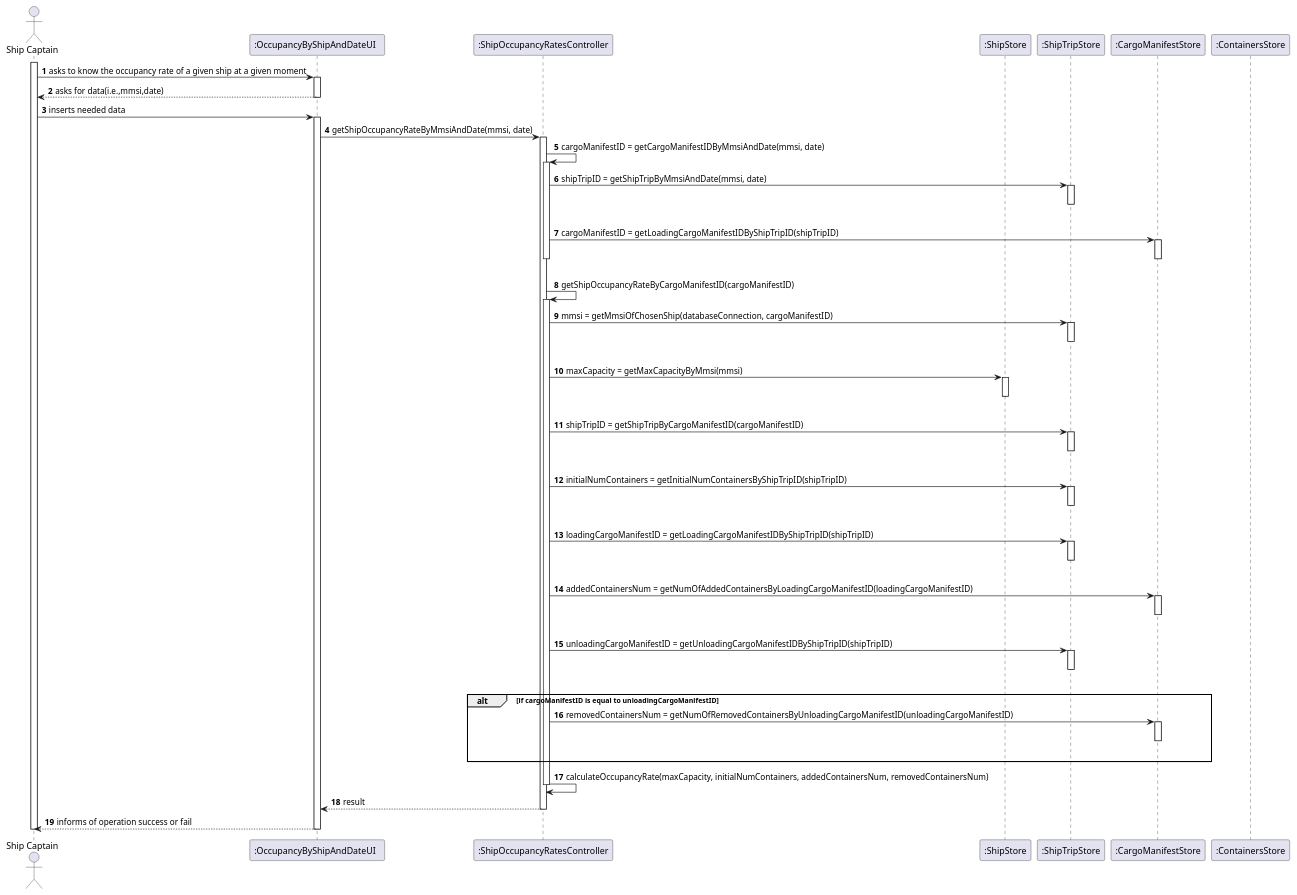
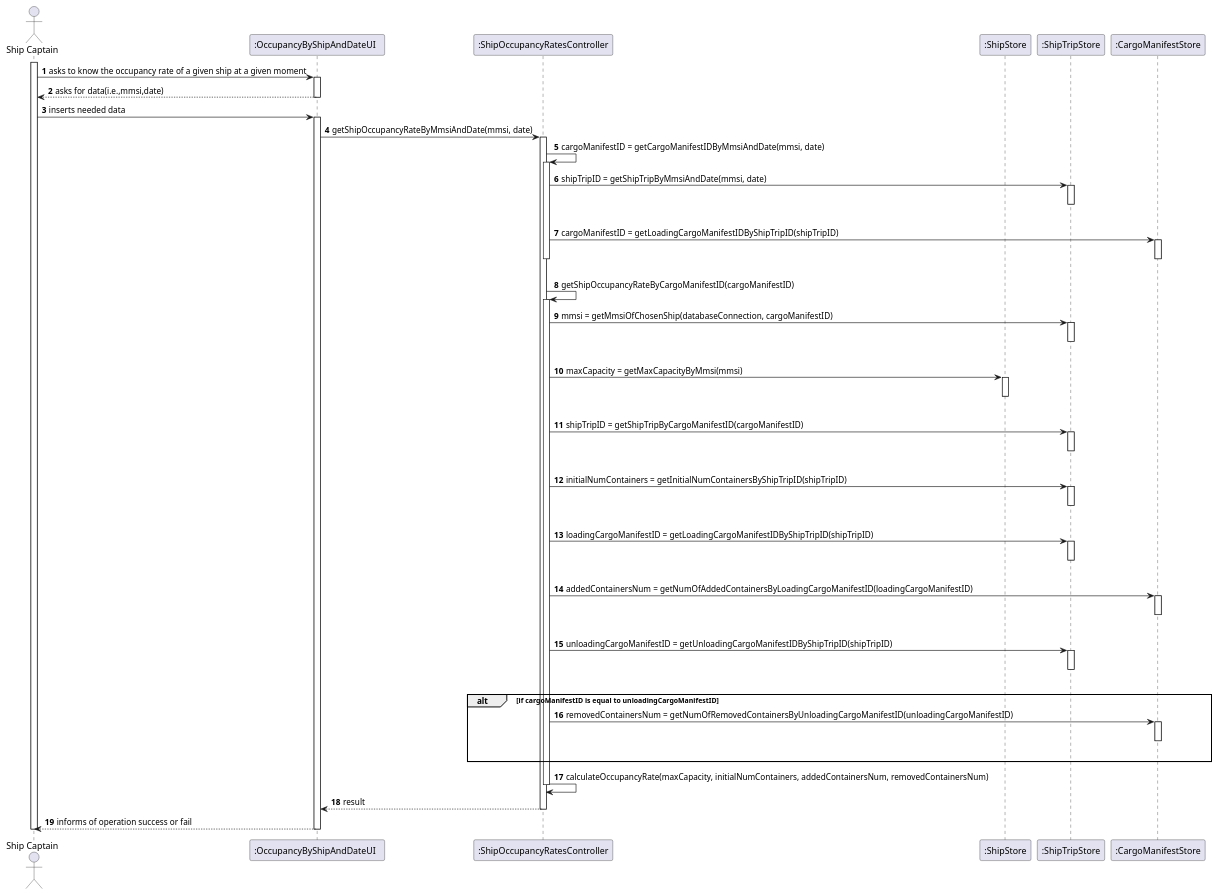
The diagram in docs/US209/US_209_SD.puml (ana-albergaria/LAPR3-ISEP), drawn with PlantUML before and after one commit. The commit also changed 3 other files, not shown here.

```diff
--- a/docs/US209/US_209_SD.puml
+++ b/docs/US209/US_209_SD.puml
@@ -1,92 +1,92 @@
 @startuml
 autonumber
 'hide footbox
 actor "Ship Captain" as SC
 participant ":OccupancyByShipAndDateUI  " as UI
 participant ":ShipOccupancyRatesController" as CTRL
 participant ":ShipStore" as SS
 participant ":ShipTripStore" as STS
 participant ":CargoManifestStore" as CMS
-participant ":ContainersStore" as CS
+'participant ":ContainersStore" as CS
 'participant ":Company" as CMP
 'participant ":ShipStore" as STORE
 'participant ":ShipsBST" as SBST
 'participant ":Ship" as SHIP
 
 activate SC
 SC -> UI : asks to know the occupancy rate of a given ship at a given moment
 activate UI
 UI --> SC : asks for data(i.e.,mmsi,date)
 deactivate UI
 SC -> UI : inserts needed data
 activate UI
 UI -> CTRL : getShipOccupancyRateByMmsiAndDate(mmsi, date)
 activate CTRL
 CTRL -> CTRL : cargoManifestID = getCargoManifestIDByMmsiAndDate(mmsi, date)
 activate CTRL
 'tenho de ver a ship trip com esse mmsi e data no intervalo
 'e tenho de ir buscar o loading
 CTRL -> STS : shipTripID = getShipTripByMmsiAndDate(mmsi, date)
 activate STS
 |||
 deactivate STS
 CTRL -> CMS : cargoManifestID = getLoadingCargoManifestIDByShipTripID(shipTripID)
 activate CMS
 |||
 deactivate CMS
 deactivate CTRL
 
 
 CTRL -> CTRL : getShipOccupancyRateByCargoManifestID(cargoManifestID)
 activate CTRL
 
 CTRL -> STS : mmsi = getMmsiOfChosenShip(databaseConnection, cargoManifestID)
 'tenho de saber se procuro o cargoManifestID na parte do loadingID ou do unloadingID
 activate STS
 |||
 deactivate STS
 'preciso da capacidade total em nr de contentores
 'preciso do numero de contetores atualmente no ship
 CTRL -> SS : maxCapacity = getMaxCapacityByMmsi(mmsi)
 activate SS
 |||
 deactivate SS
 CTRL -> STS : shipTripID = getShipTripByCargoManifestID(cargoManifestID)
 'o loading_cargo_id ou o unloading_cargo_id têm de ter esse id
 activate STS
 |||
 deactivate STS
 CTRL -> STS: initialNumContainers = getInitialNumContainersByShipTripID(shipTripID)
 activate STS
 |||
 deactivate STS
 CTRL -> STS: loadingCargoManifestID = getLoadingCargoManifestIDByShipTripID(shipTripID)
 activate STS
 |||
 deactivate STS
 CTRL -> CMS: addedContainersNum = getNumOfAddedContainersByLoadingCargoManifestID(loadingCargoManifestID)
 activate CMS
 |||
 deactivate CMS
 CTRL -> STS: unloadingCargoManifestID = getUnloadingCargoManifestIDByShipTripID(shipTripID)
 activate STS
 |||
 deactivate STS
 alt if cargoManifestID is equal to unloadingCargoManifestID
 CTRL -> CMS: removedContainersNum = getNumOfRemovedContainersByUnloadingCargoManifestID(unloadingCargoManifestID)
 activate CMS
 |||
 deactivate CMS
 end
 CTRL -> CTRL : calculateOccupancyRate(maxCapacity, initialNumContainers, addedContainersNum, removedContainersNum)
 deactivate CTRL
 
 
 
 CTRL --> UI : result
 deactivate CTRL
 UI --> SC : informs of operation success or fail
 deactivate UI
 deactivate SC
 
 @enduml
```
